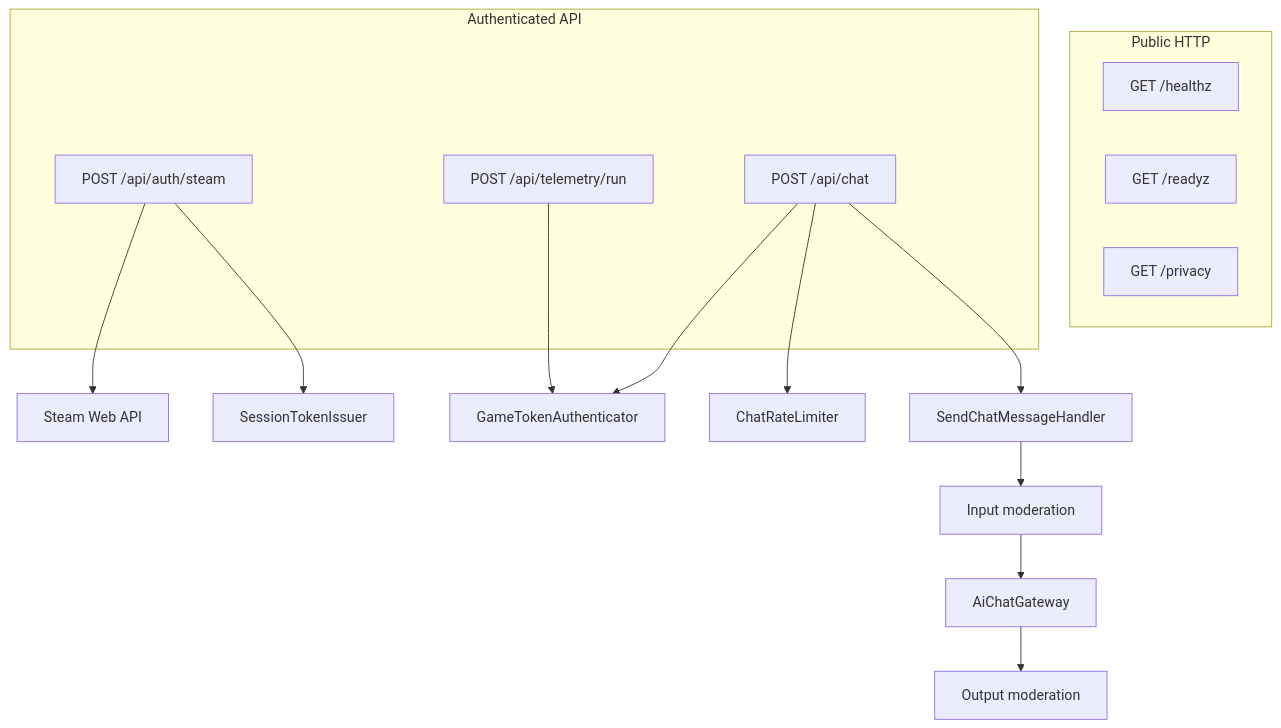
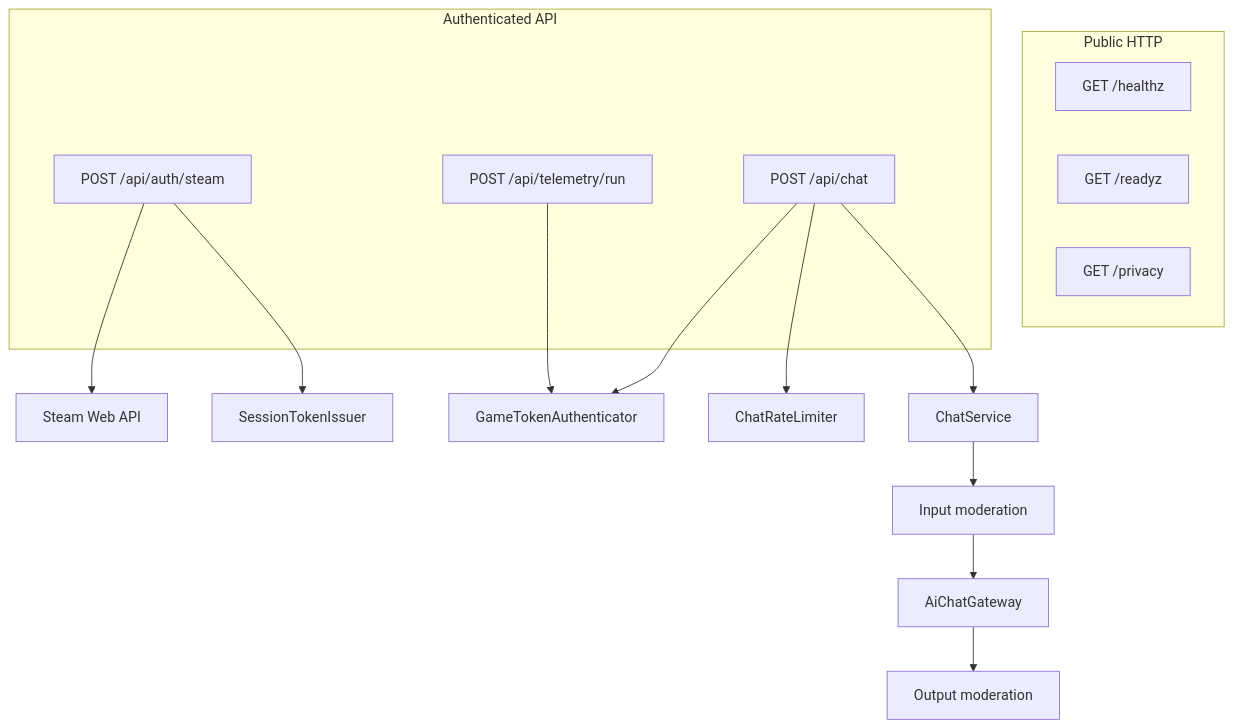
One commit to AndrijaExe/Loop9_backend changed the diagram in ARCHITECTURE.md. Above: the diagram before and after it, drawn with Mermaid. The commit also changed other lines of this file and 122 other files, not shown here.

Commit message:
refactor: align backend with SRWA architecture

````diff
--- a/ARCHITECTURE.md
+++ b/ARCHITECTURE.md
@@ -17,22 +20,22 @@
 ```mermaid
 flowchart TB
   subgraph public [Public HTTP]
     H["GET /healthz"]
     R["GET /readyz"]
     P["GET /privacy"]
   end
   subgraph api [Authenticated API]
     A["POST /api/auth/steam"]
     C["POST /api/chat"]
     T["POST /api/telemetry/run"]
   end
   A --> SteamAPI[Steam Web API]
   A --> Token[SessionTokenIssuer]
   C --> Auth[GameTokenAuthenticator]
   C --> Quotas[ChatRateLimiter]
-  C --> Handler[SendChatMessageHandler]
+  C --> Handler[ChatService]
   Handler --> ModIn[Input moderation]
   ModIn --> AI[AiChatGateway]
   AI --> ModOut[Output moderation]
   T --> Auth
 ```
````
